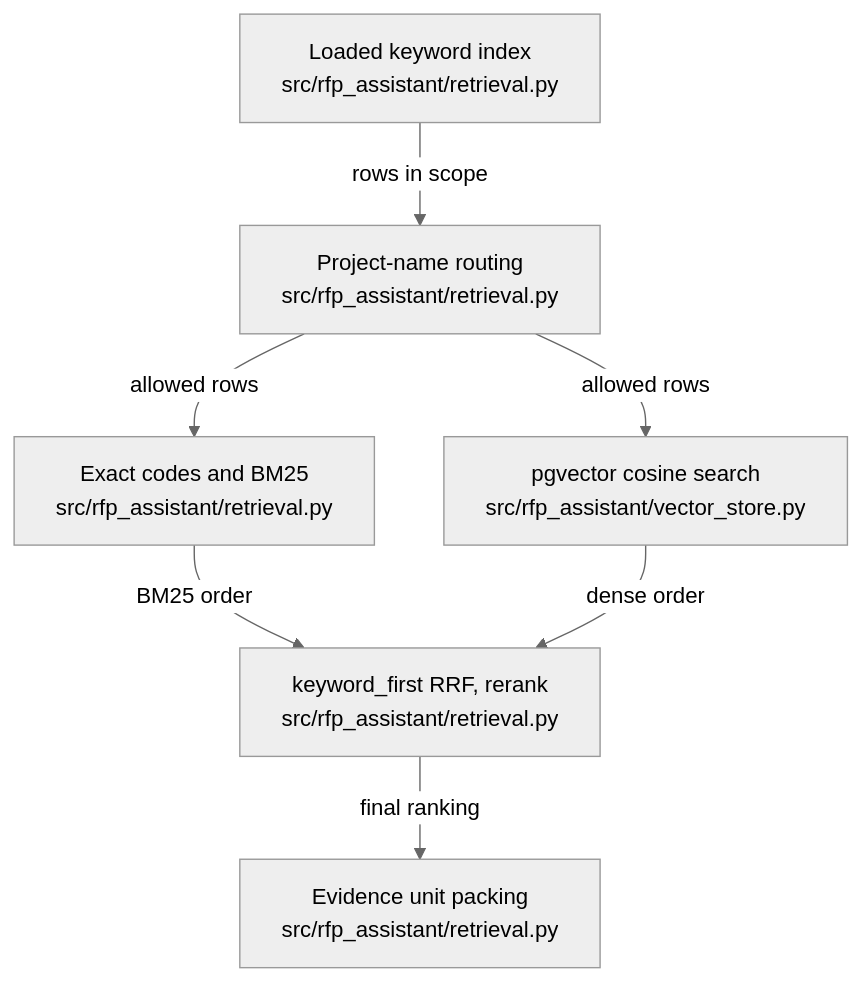
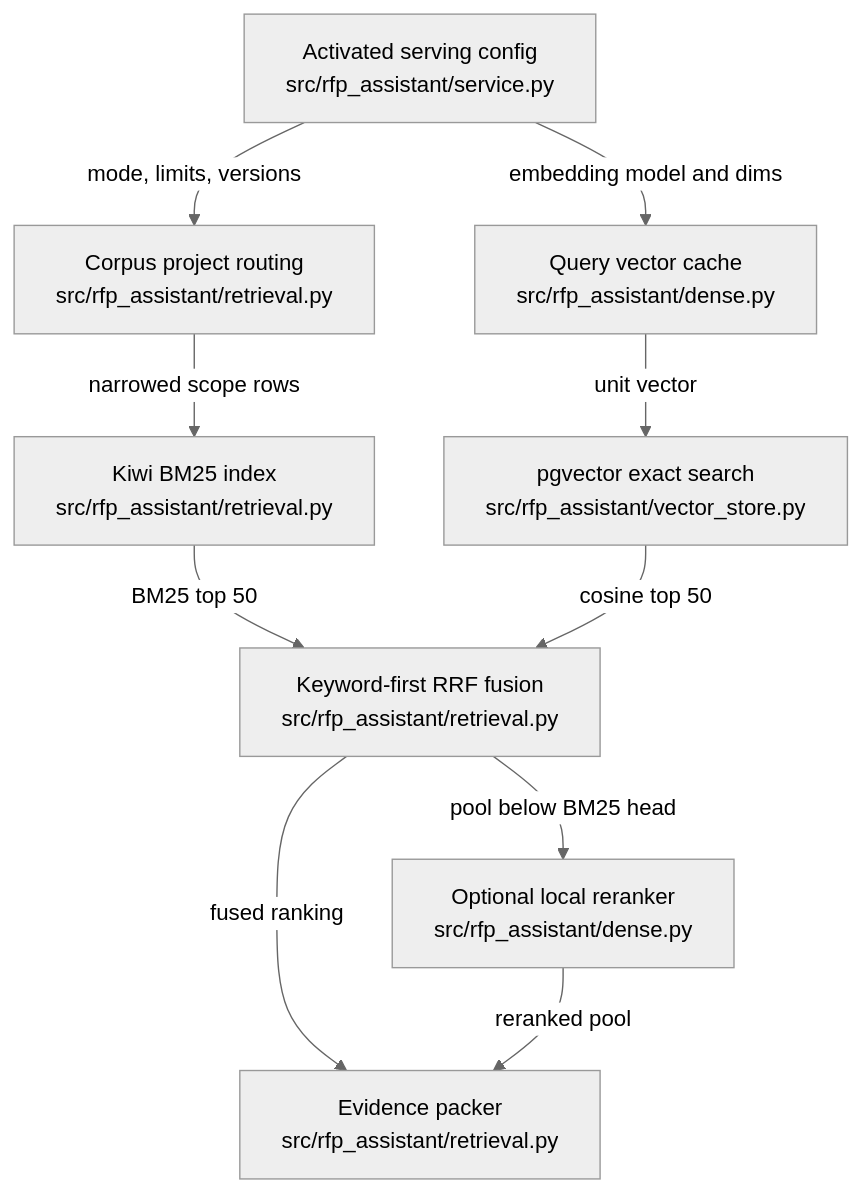
Before and after one commit to littleeeeebit/project-codeit-mid: the diagram in .omm/overall-architecture/retrieval-engine/diagram.mmd, drawn with Mermaid (neutral theme). The commit also changed 318 other files, not shown here.

Commit message:
Refresh wiki and architecture before merge

```diff
--- a/.omm/overall-architecture/retrieval-engine/diagram.mmd
+++ b/.omm/overall-architecture/retrieval-engine/diagram.mmd
@@ -1,7 +1,18 @@
 graph TD
-  keyword-index["Loaded keyword index\nsrc/rfp_assistant/retrieval.py"] -->|rows in scope| corpus-routing["Project-name routing\nsrc/rfp_assistant/retrieval.py"]
-  corpus-routing -->|allowed rows| lexical-ranking["Exact codes and BM25\nsrc/rfp_assistant/retrieval.py"]
-  corpus-routing -->|allowed rows| dense-search["pgvector cosine search\nsrc/rfp_assistant/vector_store.py"]
-  lexical-ranking -->|BM25 order| fusion-and-rerank["keyword_first RRF, rerank\nsrc/rfp_assistant/retrieval.py"]
-  dense-search -->|dense order| fusion-and-rerank
-  fusion-and-rerank -->|final ranking| evidence-packing["Evidence unit packing\nsrc/rfp_assistant/retrieval.py"]
+  servingConfig["Activated serving config\nsrc/rfp_assistant/service.py"]
+  corpusRouter["Corpus project routing\nsrc/rfp_assistant/retrieval.py"]
+  keywordIndex["Kiwi BM25 index\nsrc/rfp_assistant/retrieval.py"]
+  queryVector["Query vector cache\nsrc/rfp_assistant/dense.py"]
+  denseSearch["pgvector exact search\nsrc/rfp_assistant/vector_store.py"]
+  fusion["Keyword-first RRF fusion\nsrc/rfp_assistant/retrieval.py"]
+  reranker["Optional local reranker\nsrc/rfp_assistant/dense.py"]
+  packer["Evidence packer\nsrc/rfp_assistant/retrieval.py"]
+  servingConfig -->|mode, limits, versions| corpusRouter
+  corpusRouter -->|narrowed scope rows| keywordIndex
+  servingConfig -->|embedding model and dims| queryVector
+  queryVector -->|unit vector| denseSearch
+  keywordIndex -->|BM25 top 50| fusion
+  denseSearch -->|cosine top 50| fusion
+  fusion -->|pool below BM25 head| reranker
+  fusion -->|fused ranking| packer
+  reranker -->|reranked pool| packer
```
